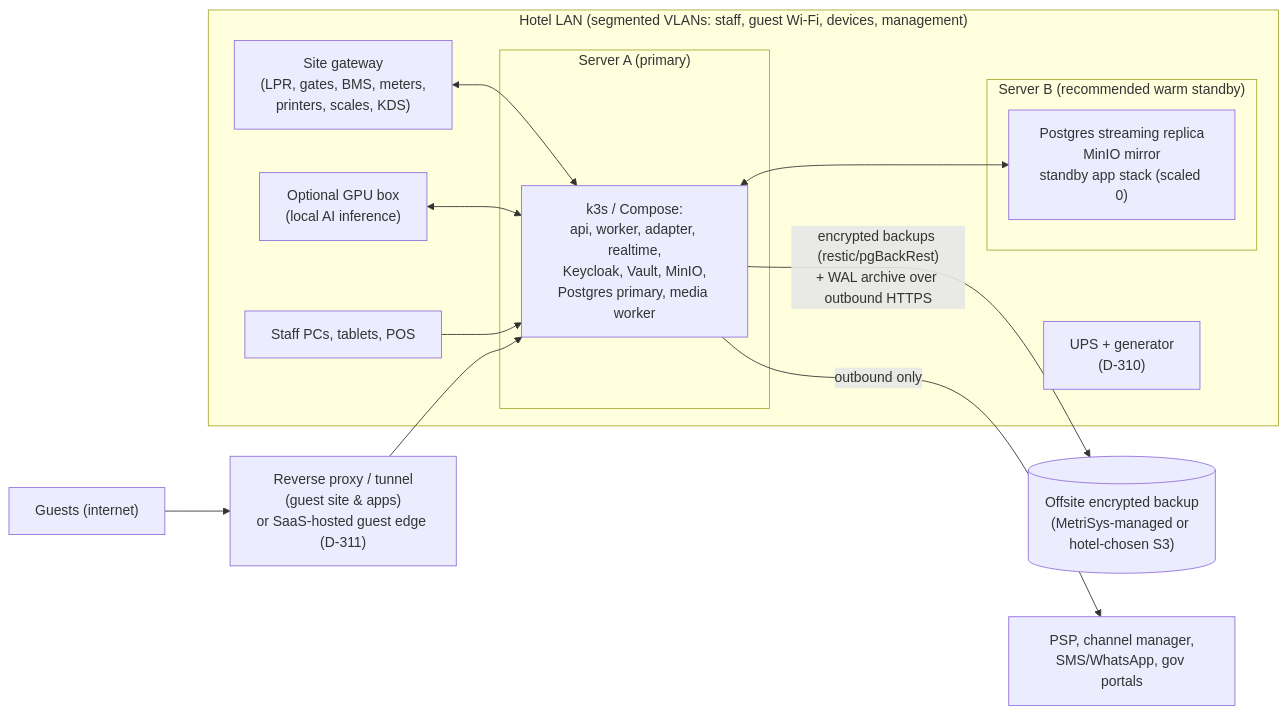
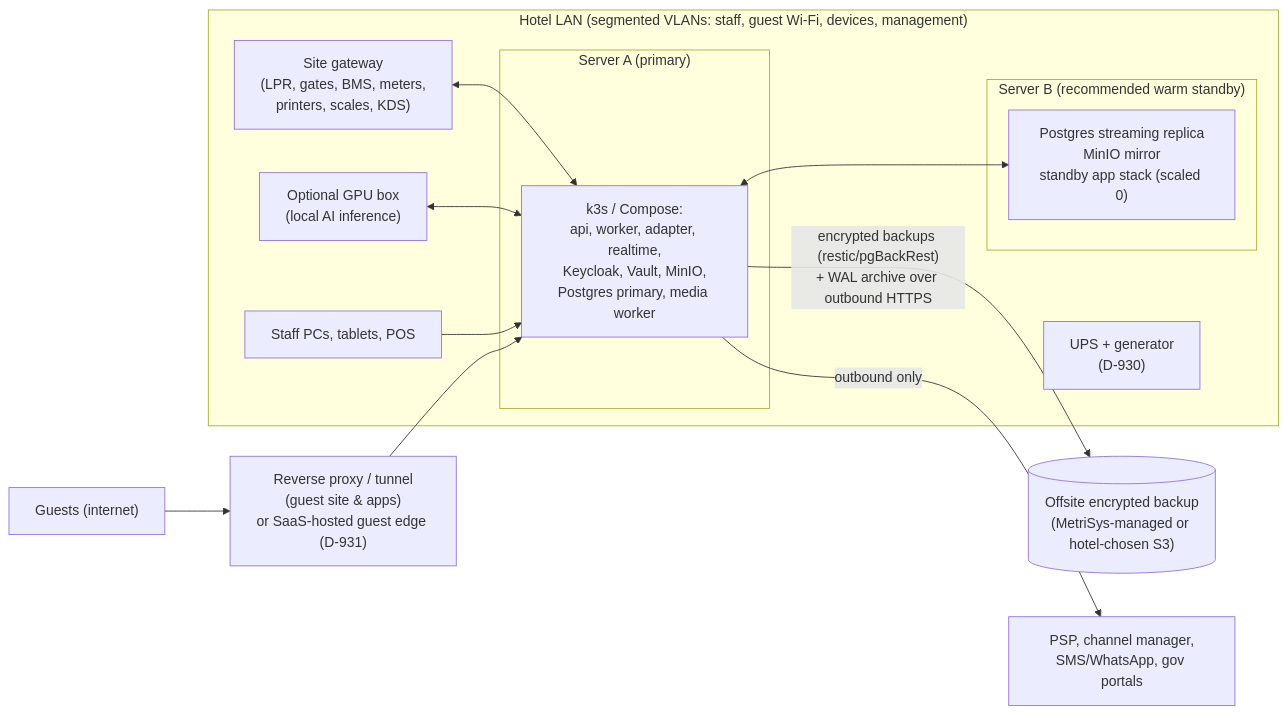
Diagram 15 of 15 in docs/03-architecture.md (AlWathiq-Services/PMS), drawn with Mermaid before and after one commit. The commit also changed other lines of this file and 9 other files, not shown here.

````diff
--- a/docs/03-architecture.md
+++ b/docs/03-architecture.md
@@ -2579,23 +2579,23 @@
 ```mermaid
 flowchart LR
   subgraph Hotel["Hotel LAN (segmented VLANs: staff, guest Wi-Fi, devices, management)"]
     subgraph SRV1["Server A (primary)"]
       A1["k3s / Compose:<br/>api, worker, adapter, realtime,<br/>Keycloak, Vault, MinIO,<br/>Postgres primary, media worker"]
     end
     subgraph SRV2["Server B (recommended warm standby)"]
       B1["Postgres streaming replica<br/>MinIO mirror<br/>standby app stack (scaled 0)"]
     end
     GW["Site gateway<br/>(LPR, gates, BMS, meters,<br/>printers, scales, KDS)"]
     GPU["Optional GPU box<br/>(local AI inference)"]
-    UPS["UPS + generator<br/>(D-310)"]
+    UPS["UPS + generator<br/>(D-930)"]
     STAFFD["Staff PCs, tablets, POS"]
   end
   A1 <--> B1
   GW <--> A1
   GPU <--> A1
   STAFFD --> A1
   A1 -->|"encrypted backups (restic/pgBackRest)<br/>+ WAL archive over outbound HTTPS"| OFF[("Offsite encrypted backup<br/>(MetriSys-managed or hotel-chosen S3)")]
   A1 -->|outbound only| PARTNERS["PSP, channel manager,<br/>SMS/WhatsApp, gov portals"]
-  GUESTNET["Guests (internet)"] --> REVPROXY["Reverse proxy / tunnel<br/>(guest site & apps)<br/>or SaaS-hosted guest edge (D-311)"]
+  GUESTNET["Guests (internet)"] --> REVPROXY["Reverse proxy / tunnel<br/>(guest site & apps)<br/>or SaaS-hosted guest edge (D-931)"]
   REVPROXY --> A1
 ```
````
